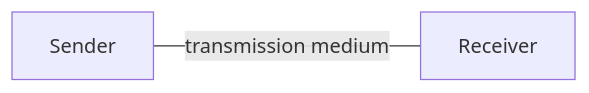
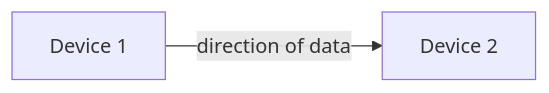
The second of 4 diagrams in docs/module-01.md (jprili/comp3725-notes), drawn with Mermaid before and after one commit. The commit also changed other lines of this file, not shown here.

````diff
--- a/docs/module-01.md
+++ b/docs/module-01.md
@@ -27,4 +61,5 @@
-``` mermaid 
-graph LR
-    A[Sender] -- "transmission medium" --- B[Receiver];
-```
+    ```mermaid
+    flowchart LR
+        D1[Device 1] -- "direction of data" --> D2[Device 2]
+
+    ```
````
